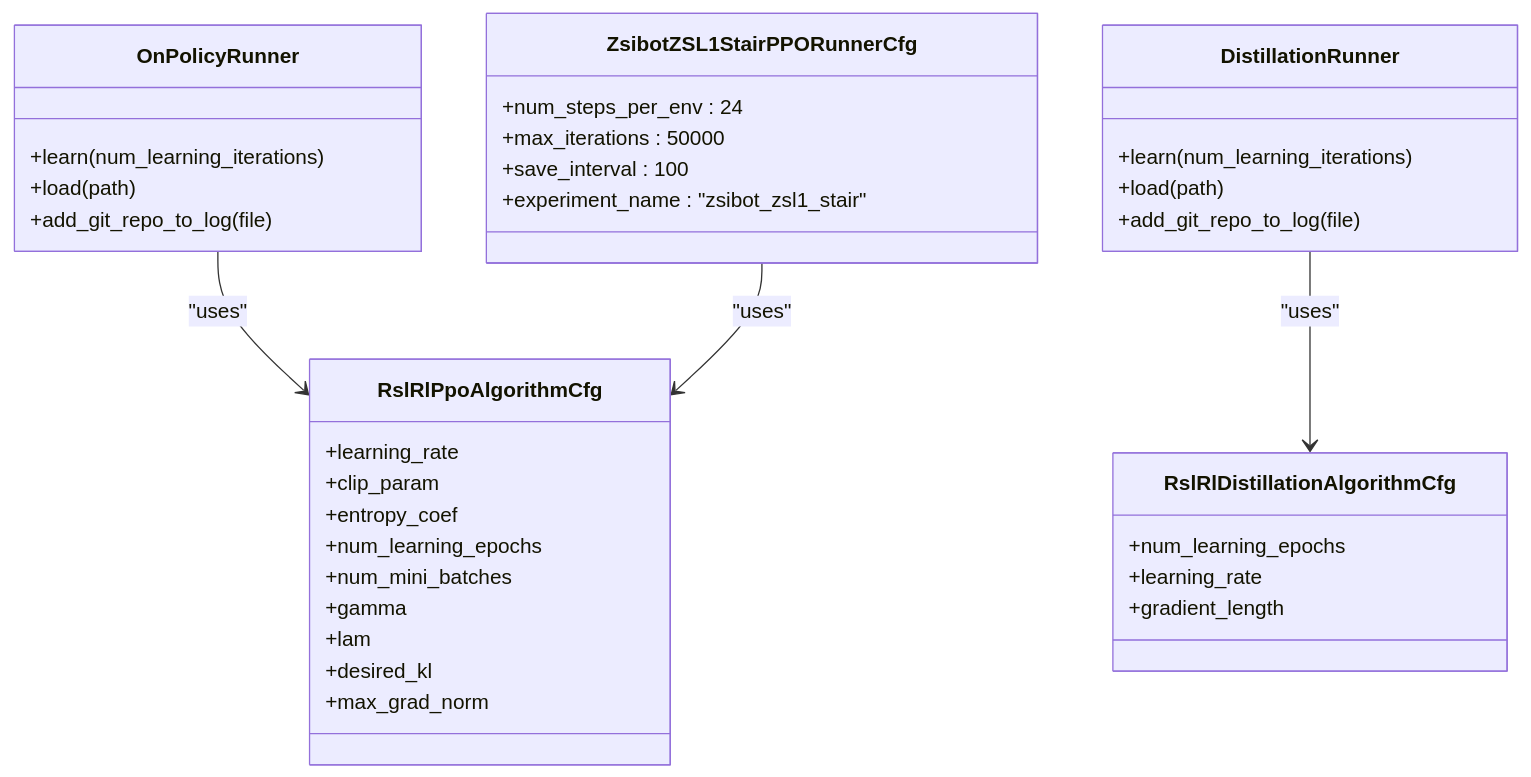
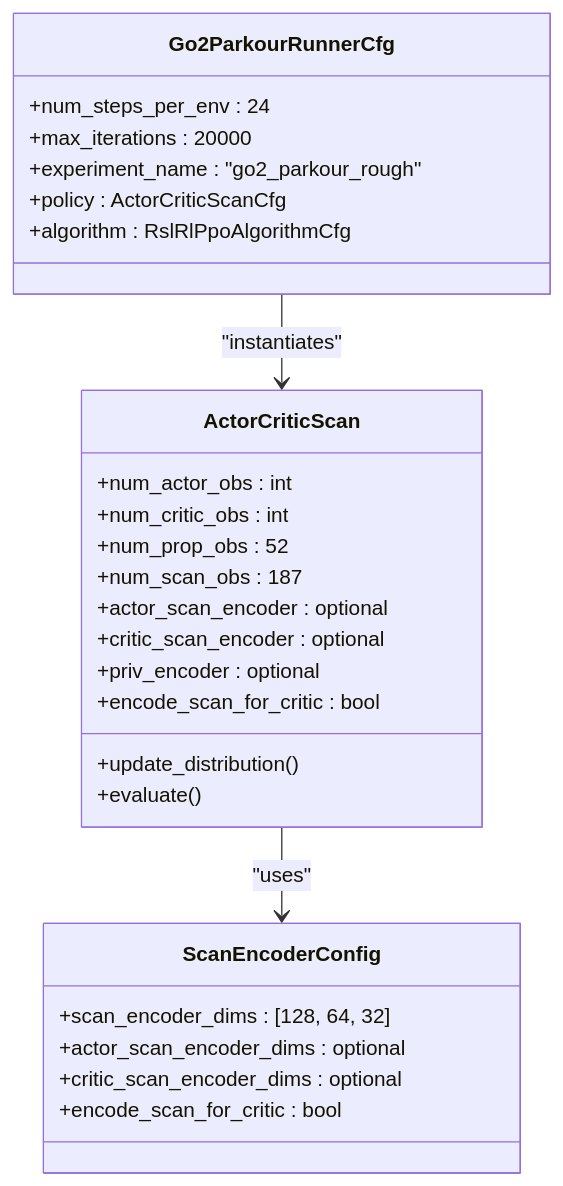
The fifth of 7 diagrams in .qoder/repowiki/en/content/Training Pipeline Architecture/RSL-RL Training System.md (jayjayhust/robot_lab), drawn with Mermaid before and after one commit. The commit also changed other lines of this file and 17 other files, not shown here.

Commit message:
add zsl1 parkour training

````diff
--- a/.qoder/repowiki/en/content/Training Pipeline Architecture/RSL-RL Training System.md
+++ b/.qoder/repowiki/en/content/Training Pipeline Architecture/RSL-RL Training System.md
@@ -145,38 +205,30 @@
 ```mermaid
 classDiagram
-class OnPolicyRunner {
-+learn(num_learning_iterations)
-+load(path)
-+add_git_repo_to_log(file)
+class ActorCriticScan {
++num_actor_obs : int
++num_critic_obs : int
++num_prop_obs : 52
++num_scan_obs : 187
++actor_scan_encoder : optional
++critic_scan_encoder : optional
++priv_encoder : optional
++encode_scan_for_critic : bool
++update_distribution()
++evaluate()
 }
-class DistillationRunner {
-+learn(num_learning_iterations)
-+load(path)
-+add_git_repo_to_log(file)
+class Go2ParkourRunnerCfg {
++num_steps_per_env : 24
++max_iterations : 20000
++experiment_name : "go2_parkour_rough"
++policy : ActorCriticScanCfg
++algorithm : RslRlPpoAlgorithmCfg
 }
-class RslRlPpoAlgorithmCfg {
-+learning_rate
-+clip_param
-+entropy_coef
-+num_learning_epochs
-+num_mini_batches
-+gamma
-+lam
-+desired_kl
-+max_grad_norm
+class ScanEncoderConfig {
++scan_encoder_dims : [128, 64, 32]
++actor_scan_encoder_dims : optional
++critic_scan_encoder_dims : optional
++encode_scan_for_critic : bool
 }
-class RslRlDistillationAlgorithmCfg {
-+num_learning_epochs
-+learning_rate
-+gradient_length
-}
-class ZsibotZSL1StairPPORunnerCfg {
-+num_steps_per_env : 24
-+max_iterations : 50000
-+save_interval : 100
-+experiment_name : "zsibot_zsl1_stair"
-}
-OnPolicyRunner --> RslRlPpoAlgorithmCfg : "uses"
-DistillationRunner --> RslRlDistillationAlgorithmCfg : "uses"
-ZsibotZSL1StairPPORunnerCfg --> RslRlPpoAlgorithmCfg : "uses"
+ActorCriticScan --> ScanEncoderConfig : "uses"
+Go2ParkourRunnerCfg --> ActorCriticScan : "instantiates"
 ```
````
